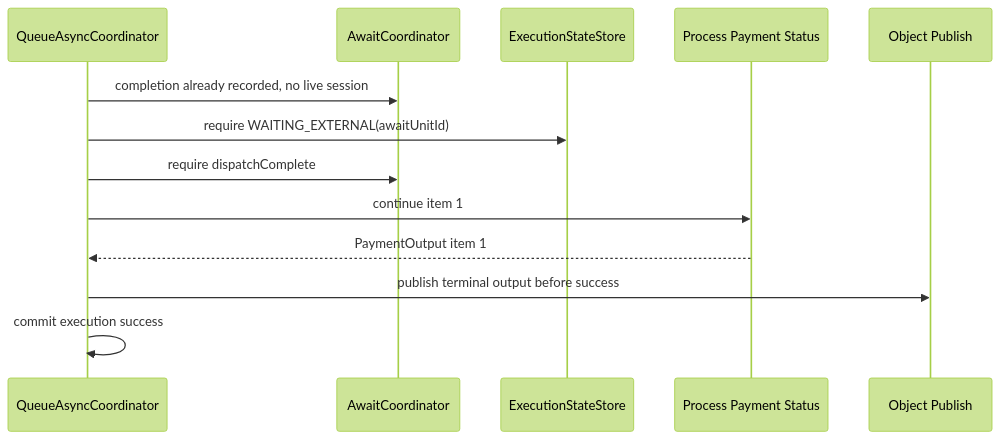
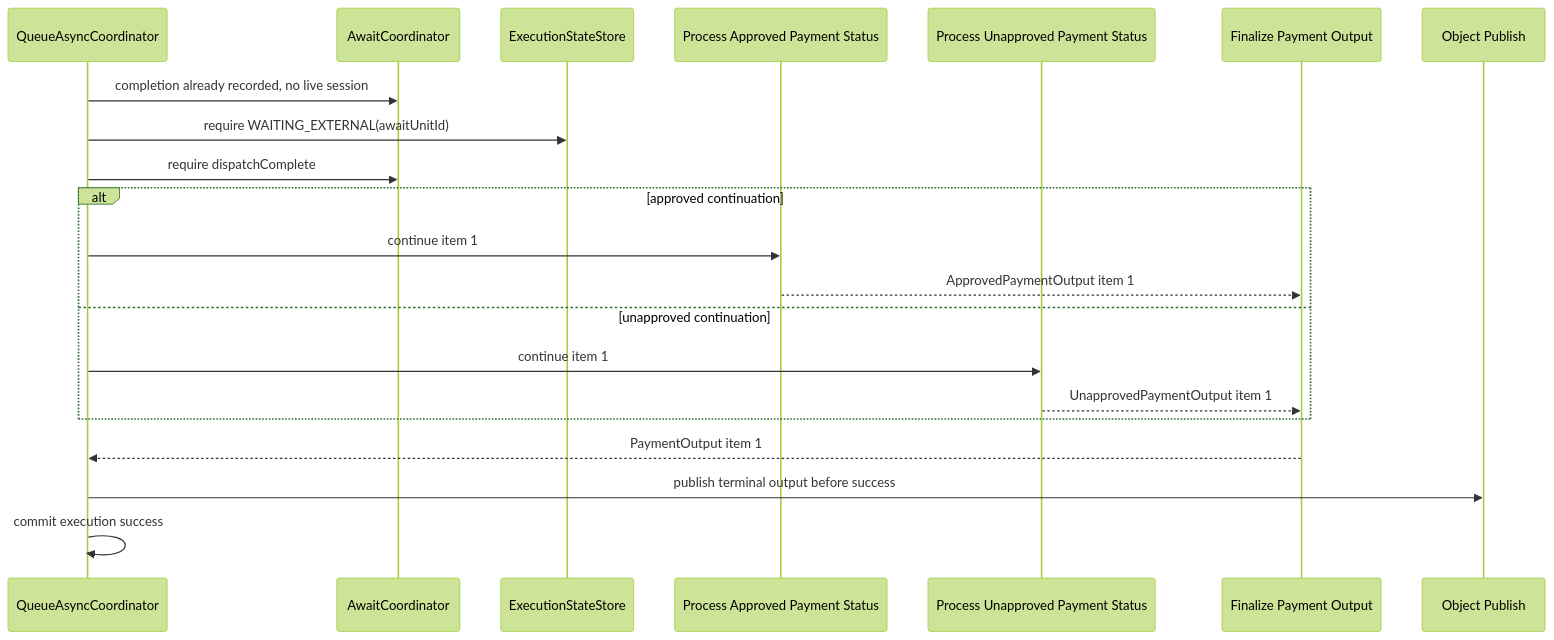
The fifth of 7 diagrams in docs/evolve/await-unit-runtime/sequences.md (The-Pipeline-Framework/pipelineframework), drawn with Mermaid (forest theme) before and after one commit. The commit also changed other lines of this file and 63 other files, not shown here.

````diff
--- a/docs/evolve/await-unit-runtime/sequences.md
+++ b/docs/evolve/await-unit-runtime/sequences.md
@@ -155,16 +170,24 @@
 ```mermaid
 sequenceDiagram
     participant Queue as QueueAsyncCoordinator
     participant AwaitCoord as AwaitCoordinator
     participant ExecStore as ExecutionStateStore
-    participant Status as Process Payment Status
+    participant Approved as Process Approved Payment Status
+    participant Unapproved as Process Unapproved Payment Status
+    participant Finalize as Finalize Payment Output
     participant Publish as Object Publish
 
     Queue->>AwaitCoord: completion already recorded, no live session
     Queue->>ExecStore: require WAITING_EXTERNAL(awaitUnitId)
     Queue->>AwaitCoord: require dispatchComplete
-    Queue->>Status: continue item 1
-    Status-->>Queue: PaymentOutput item 1
+    alt approved continuation
+        Queue->>Approved: continue item 1
+        Approved-->>Finalize: ApprovedPaymentOutput item 1
+    else unapproved continuation
+        Queue->>Unapproved: continue item 1
+        Unapproved-->>Finalize: UnapprovedPaymentOutput item 1
+    end
+    Finalize-->>Queue: PaymentOutput item 1
     Queue->>Publish: publish terminal output before success
     Queue->>Queue: commit execution success
 ```
````
